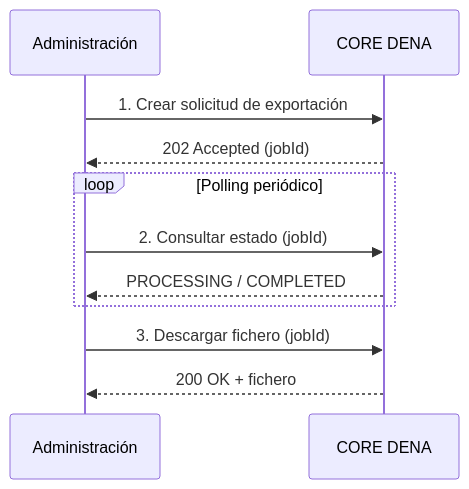
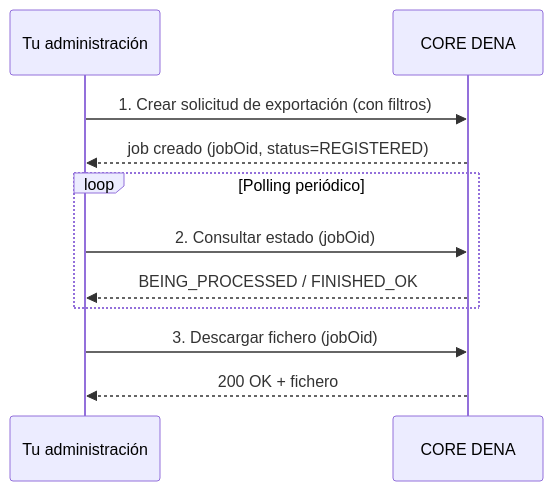
One commit to DENA-Euskadi/dena-euskadi.github.io changed the second of 2 diagrams in docs/semantica/person-sync/pull.md. Above: the diagram before and after it, drawn with Mermaid. The commit also changed other lines of this file and 52 other files, not shown here.

````diff
--- a/docs/semantica/person-sync/pull.md
+++ b/docs/semantica/person-sync/pull.md
@@ -19,16 +60,16 @@
 ``` mermaid
 sequenceDiagram
-    participant Admin as Administración
+    participant Admin as Tu administración
     participant DENA as CORE DENA
 
-    Admin->>DENA: 1. Crear solicitud de exportación
-    DENA-->>Admin: 202 Accepted (jobId)
+    Admin->>DENA: 1. Crear solicitud de exportación (con filtros)
+    DENA-->>Admin: job creado (jobOid, status=REGISTERED)
 
     loop Polling periódico
-        Admin->>DENA: 2. Consultar estado (jobId)
-        DENA-->>Admin: PROCESSING / COMPLETED
+        Admin->>DENA: 2. Consultar estado (jobOid)
+        DENA-->>Admin: BEING_PROCESSED / FINISHED_OK
     end
 
-    Admin->>DENA: 3. Descargar fichero (jobId)
+    Admin->>DENA: 3. Descargar fichero (jobOid)
     DENA-->>Admin: 200 OK + fichero
 ```
````
